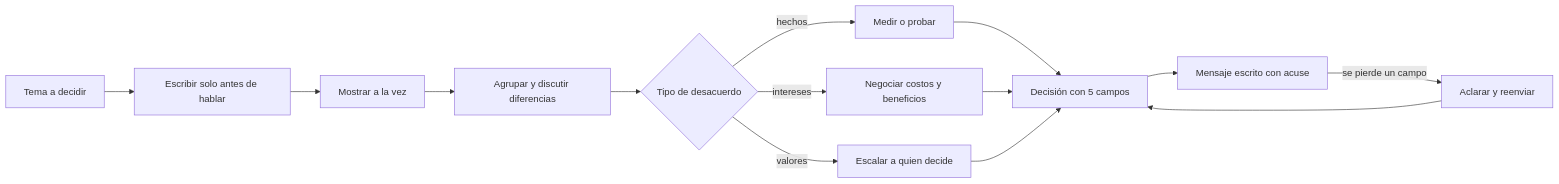
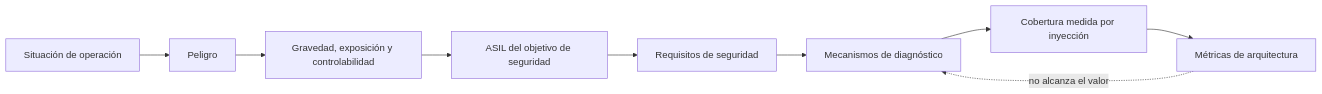
Before and after one commit to vladimiracunadev-create/modern-software-engineering-program: the diagram in content/part-37/SE-447.md, drawn with Mermaid. The commit also changed other lines of this file and 5193 other files, not shown here.

````diff
--- a/content/part-37/SE-447.md
+++ b/content/part-37/SE-447.md
@@ -57,16 +57,11 @@
 ```mermaid
 flowchart LR
-    A[Tema a decidir] --> B[Escribir solo antes de hablar]
-    B --> C[Mostrar a la vez]
-    C --> D[Agrupar y discutir diferencias]
-    D --> E{Tipo de desacuerdo}
-    E -->|hechos| F[Medir o probar]
-    E -->|intereses| G[Negociar costos y beneficios]
-    E -->|valores| H[Escalar a quien decide]
-    F --> I[Decisión con 5 campos]
-    G --> I
-    H --> I
-    I --> J[Mensaje escrito con acuse]
-    J -->|se pierde un campo| K[Aclarar y reenviar]
-    K --> I
+    A[Situación de operación] --> B[Peligro]
+    B --> C[Gravedad, exposición y controlabilidad]
+    C --> D[ASIL del objetivo de seguridad]
+    D --> E[Requisitos de seguridad]
+    E --> F[Mecanismos de diagnóstico]
+    F --> G[Cobertura medida por inyección]
+    G --> H[Métricas de arquitectura]
+    H -.->|no alcanza el valor| F
 ```
````
